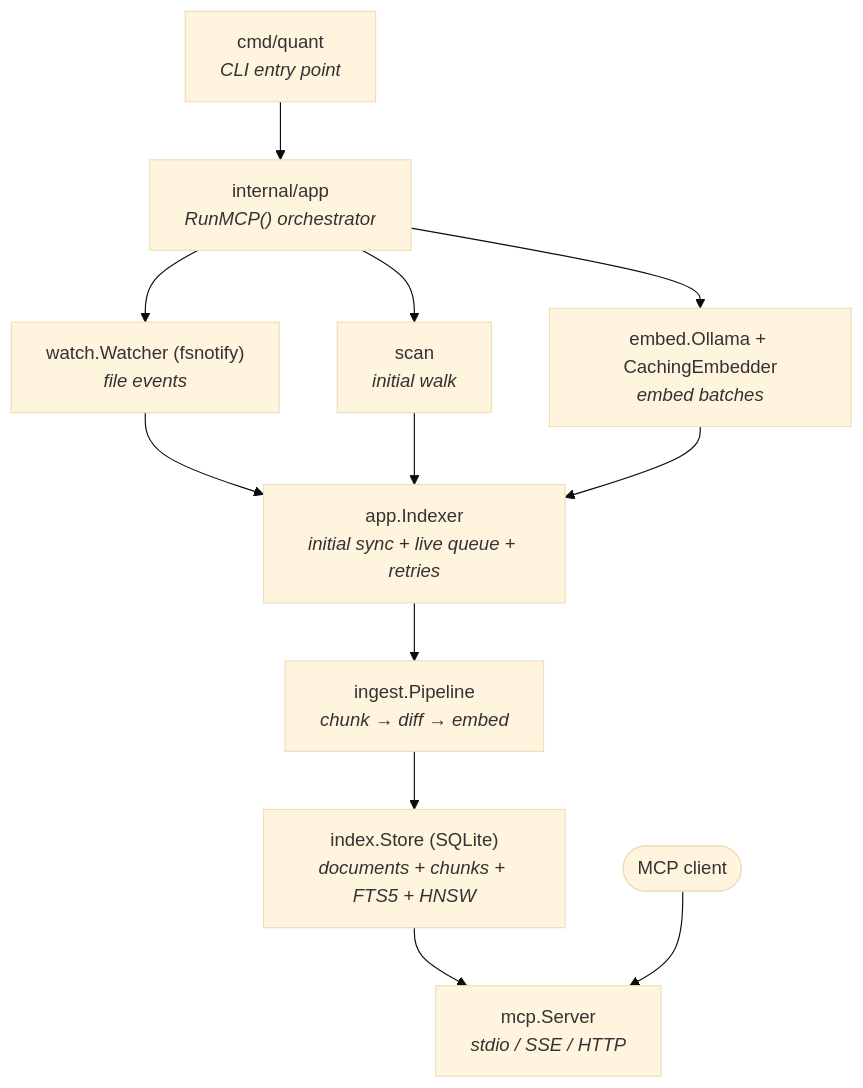
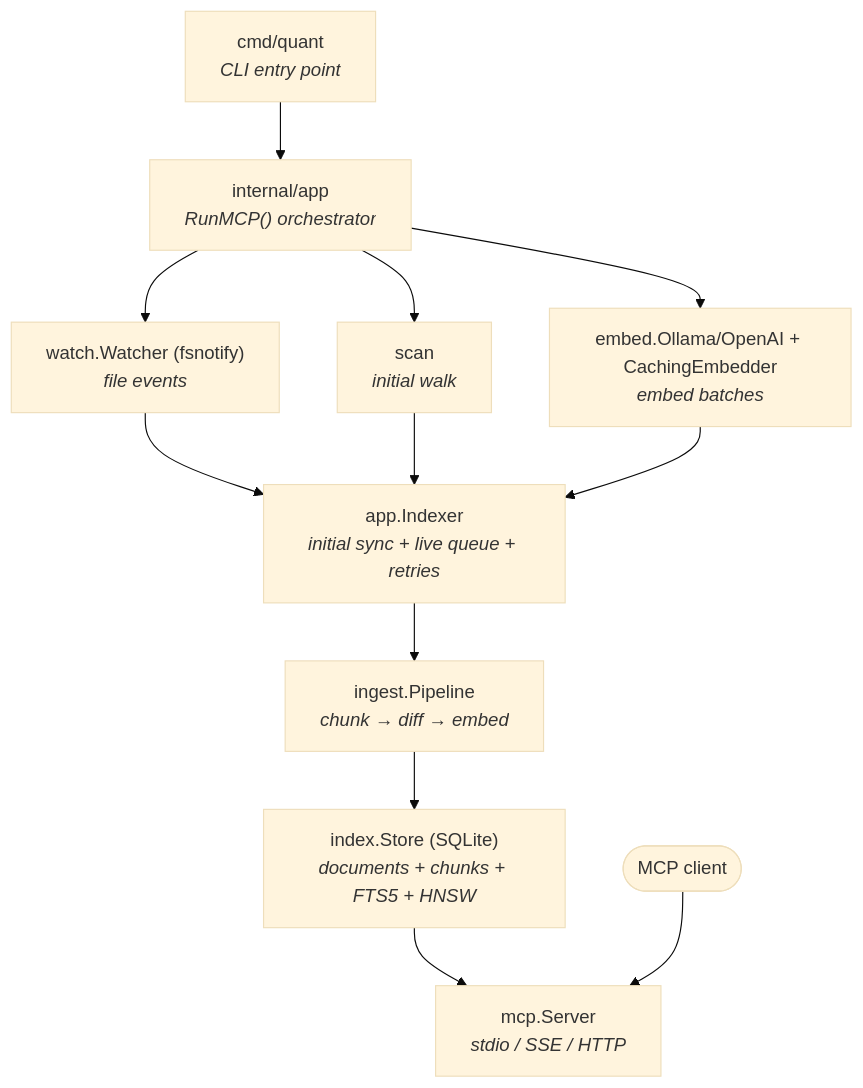
The diagram in docs/architecture.md (koltyakov/quant), drawn with Mermaid (base theme) before and after one commit. The commit also changed other lines of this file and 8 other files, not shown here.

Commit message:
feat: support multiple embedding backends (Ollama and OpenAI) with automatic recovery and API key configuration

````diff
--- a/docs/architecture.md
+++ b/docs/architecture.md
@@ -5,18 +5,18 @@
 ```mermaid
 flowchart TD
     CLI["cmd/quant<br/><i>CLI entry point</i>"] --> APP["internal/app<br/><i>RunMCP() orchestrator</i>"]
 
     APP --> WATCH["watch.Watcher (fsnotify)<br/><i>file events</i>"]
     APP --> SCAN["scan<br/><i>initial walk</i>"]
-    APP --> EMB["embed.Ollama + CachingEmbedder<br/><i>embed batches</i>"]
+    APP --> EMB["embed.Ollama/OpenAI + CachingEmbedder<br/><i>embed batches</i>"]
 
     WATCH --> IDX["app.Indexer<br/><i>initial sync + live queue + retries</i>"]
     SCAN --> IDX
     EMB --> IDX
 
     IDX --> PIPE["ingest.Pipeline<br/><i>chunk → diff → embed</i>"]
     PIPE --> STORE["index.Store (SQLite)<br/><i>documents + chunks + FTS5 + HNSW</i>"]
     STORE --> MCP["mcp.Server<br/><i>stdio / SSE / HTTP</i>"]
 
     CLIENT(["MCP client"]) --> MCP
 ```
````
